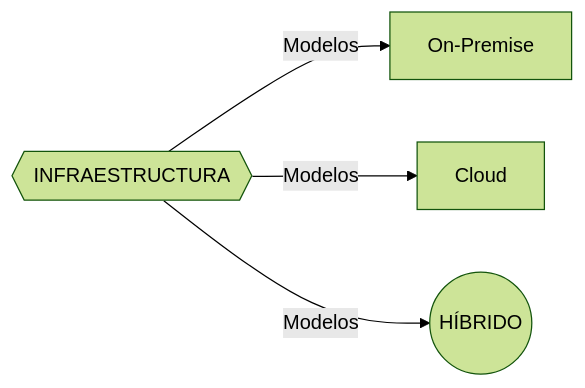
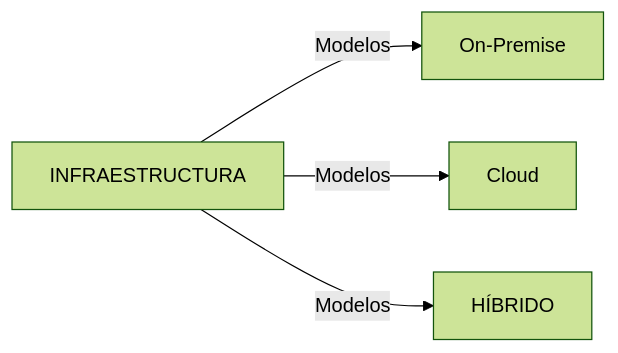
One commit to rraulherediaa/PracticasEstructurasDatos changed the second of 12 diagrams in README.md. Above: the diagram before and after it, drawn with Mermaid (forest theme). The commit also changed other lines of this file, not shown here.

````diff
--- a/README.md
+++ b/README.md
@@ -33,4 +48,4 @@
 ```mermaid
 flowchart LR
-    Main{{"INFRAESTRUCTURA"}} -->|Modelos| OP["On-Premise"] & CL["Cloud"] & HYB(("HÍBRIDO"))
+    Main["INFRAESTRUCTURA"] -->|Modelos| OP["On-Premise"] & CL["Cloud"] & HYB["HÍBRIDO"]
 ```
````
